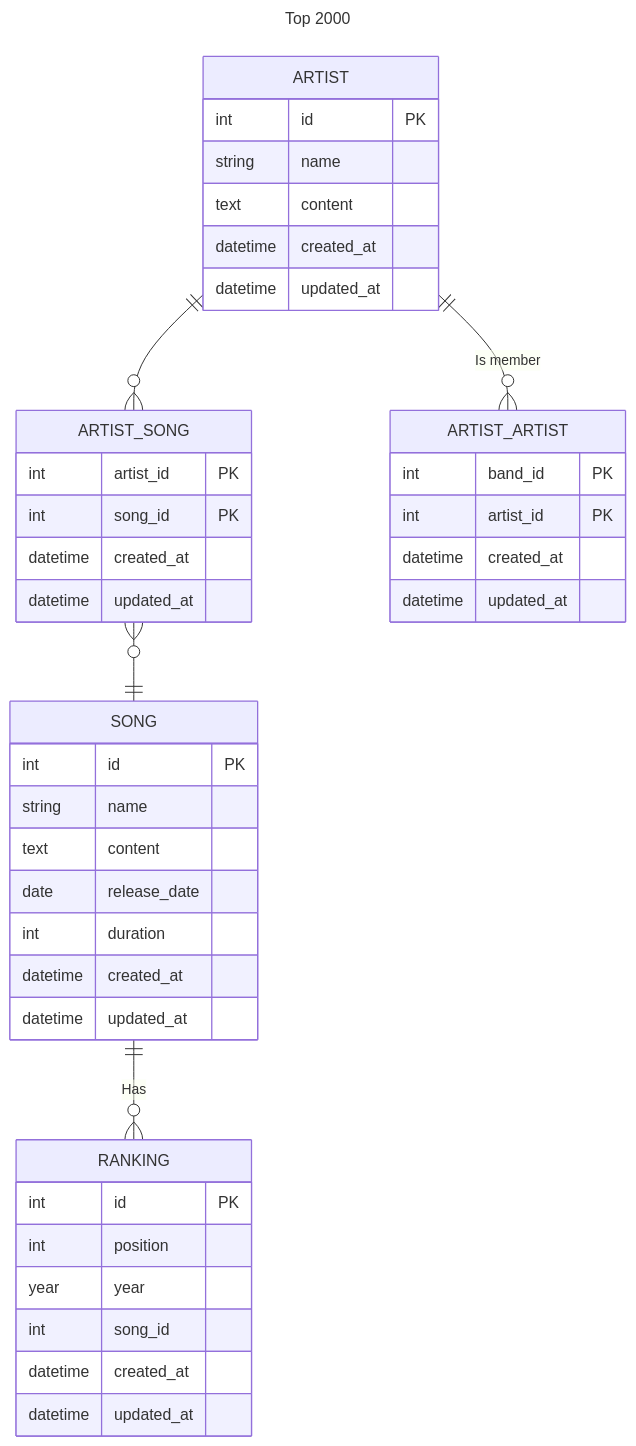
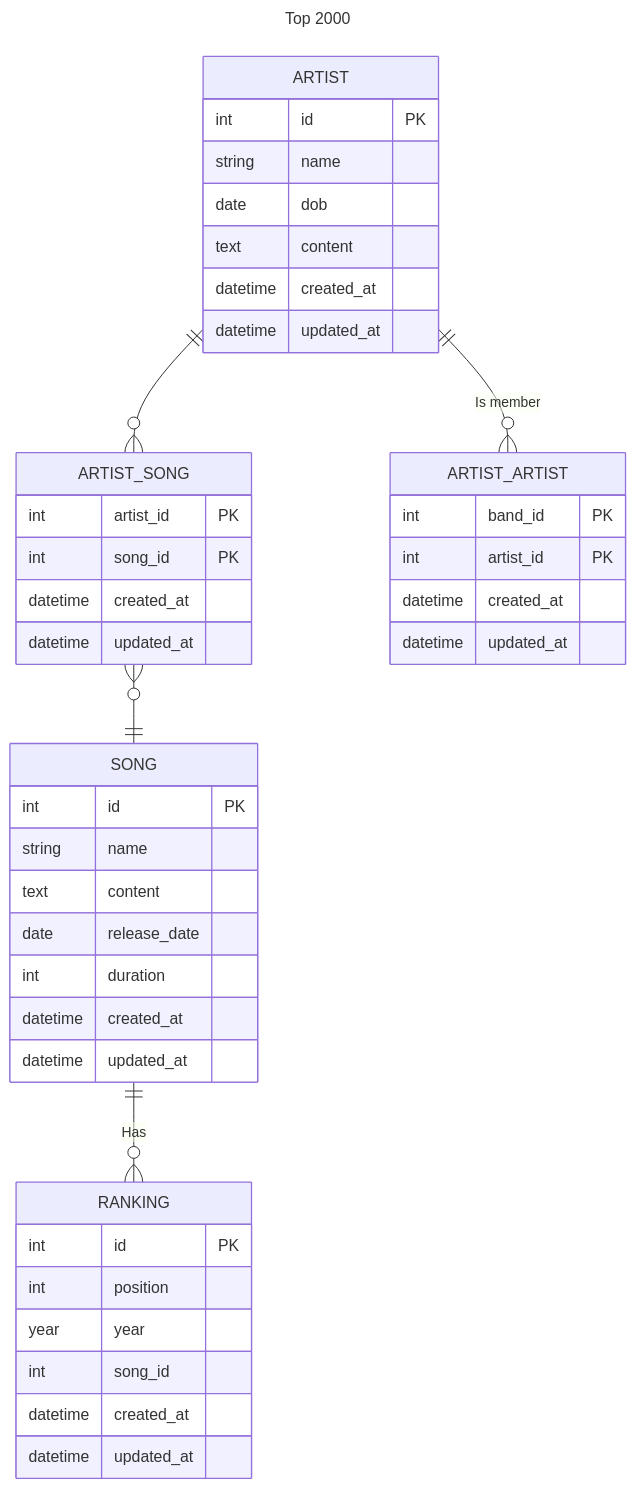
Before and after one commit to stevenemr/top2000: the diagram in docs/ERD.md, drawn with Mermaid. The commit also changed 3 other files, not shown here.

Commit message:
Create Artist model, migration and factory. - Add `dob` to ERD

````diff
--- a/docs/ERD.md
+++ b/docs/ERD.md
@@ -3,52 +3,53 @@
 ```mermaid
 ---
 title: Top 2000
 ---
 erDiagram
     ARTIST ||--o{ ARTIST_SONG : ""
     ARTIST ||--o{ ARTIST_ARTIST : "Is member"
     ARTIST_SONG }o--|| SONG : ""
     SONG ||--o{ RANKING : "Has"
 
     ARTIST {
         int id PK
         string name
+        date dob
         text content
         datetime created_at
         datetime updated_at
     }
 
     %% If the artist is a band, the members can be added here
     ARTIST_ARTIST {
         int band_id PK
         int artist_id PK
         datetime created_at
         datetime updated_at
     }
 
     ARTIST_SONG {
         int artist_id PK
         int song_id PK
         datetime created_at
         datetime updated_at
     }
 
     SONG {
         int id PK
         string name
         text content
         date release_date
         int duration
         datetime created_at
         datetime updated_at
     }
 
     RANKING {
         int id PK
         int position
         year year
         int song_id
         datetime created_at
         datetime updated_at
     }
 ```
````
